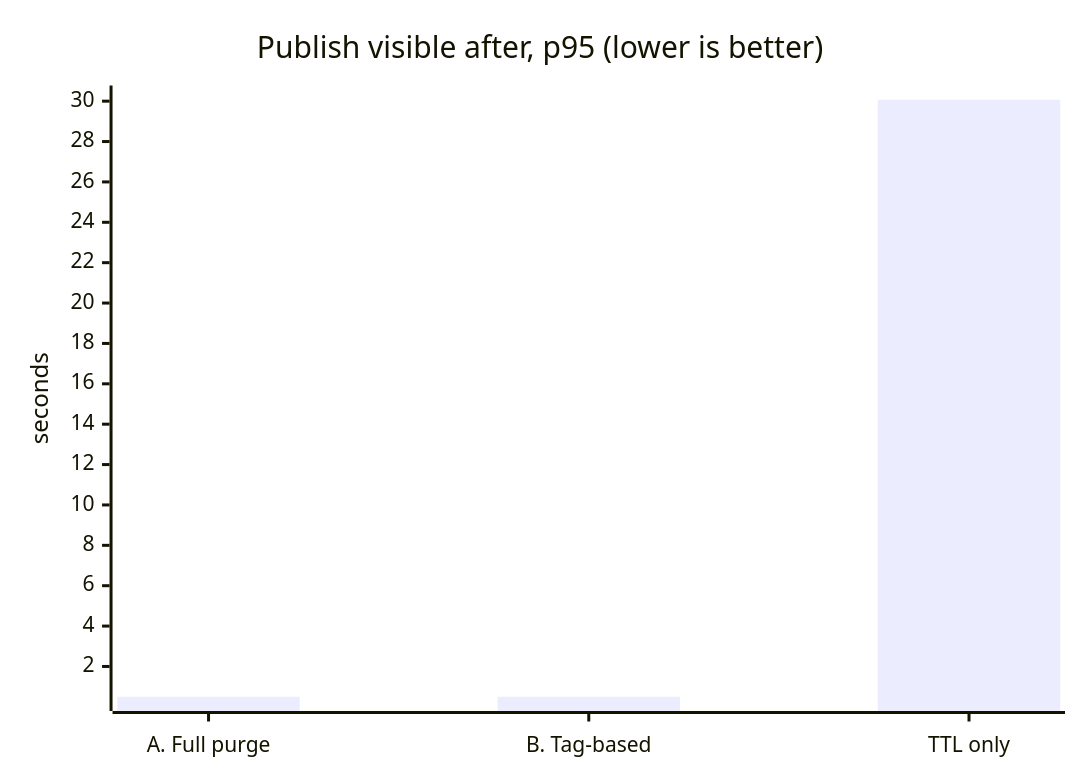
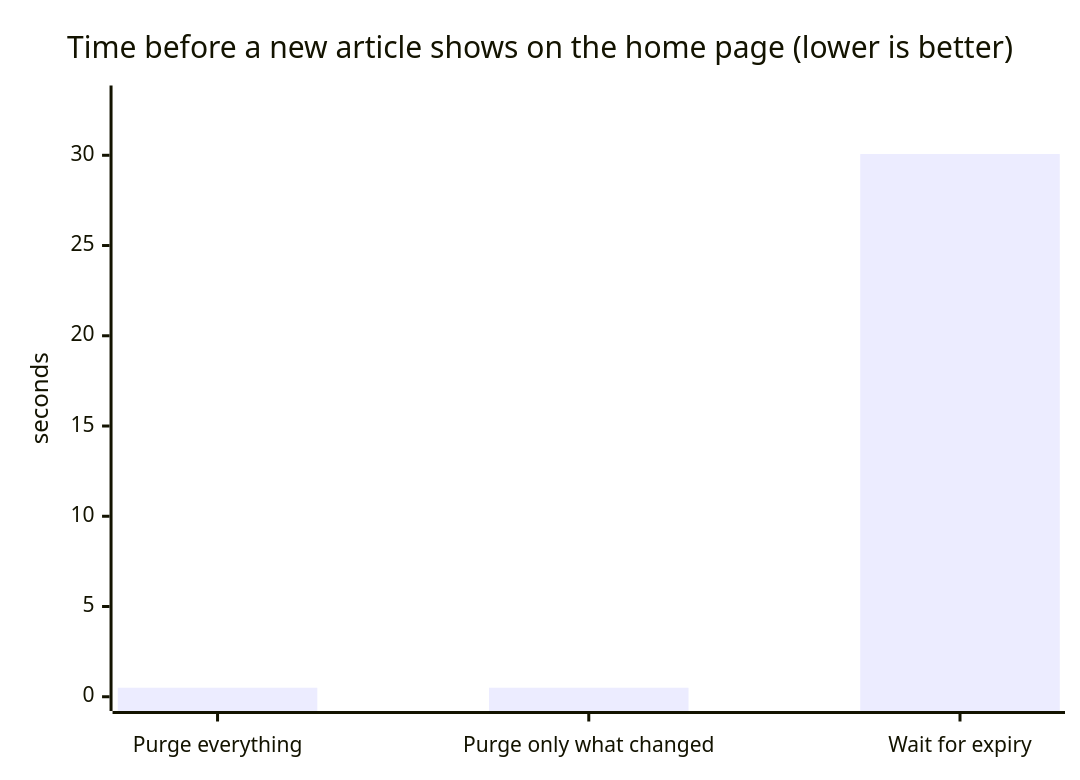
Before and after one commit to thamine-alaeddine/invalidate-less: the eighth of 8 diagrams in README.md, drawn with Mermaid. The commit also changed other lines of this file and 1 other file, not shown here.

Commit message:
docs: use plain-language labels and zero-based axes in result charts

````diff
--- a/README.md
+++ b/README.md
@@ -371,7 +373,7 @@
 ```mermaid
 xychart-beta
-    title "Publish visible after, p95 (lower is better)"
-    x-axis ["A. Full purge", "B. Tag-based", "TTL only"]
-    y-axis "seconds"
+    title "Time before a new article shows on the home page (lower is better)"
+    x-axis ["Purge everything", "Purge only what changed", "Wait for expiry"]
+    y-axis "seconds" 0 --> 33.077
     bar [0.50, 0.50, 30.07]
 ```
````
